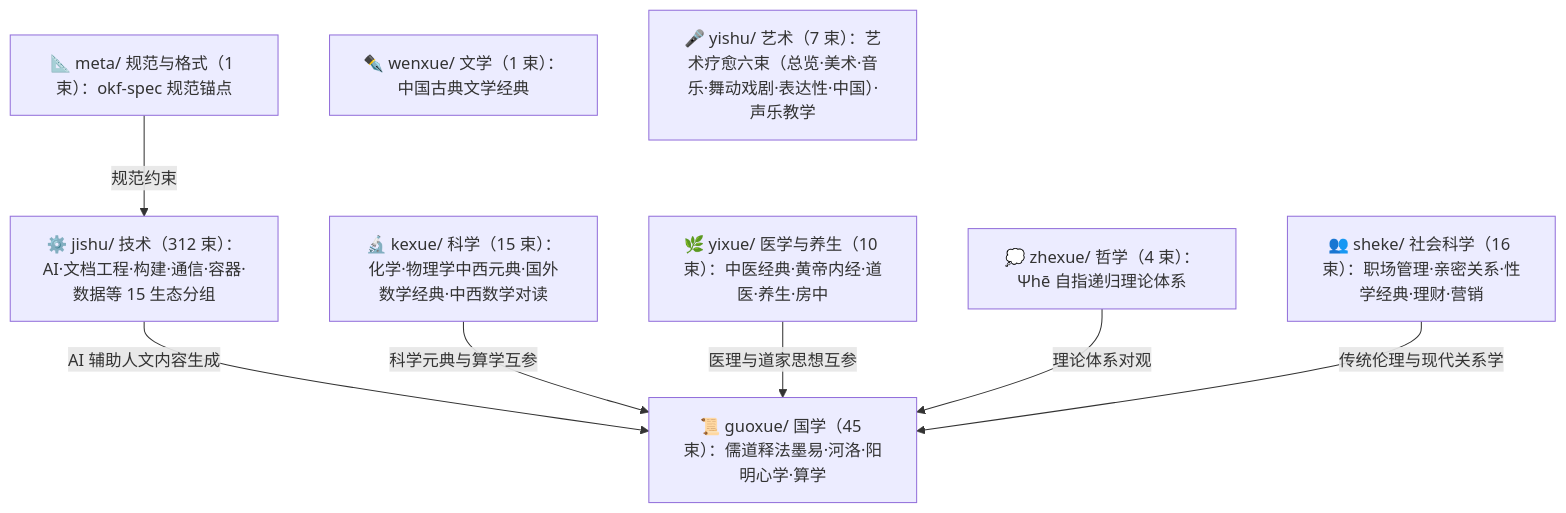
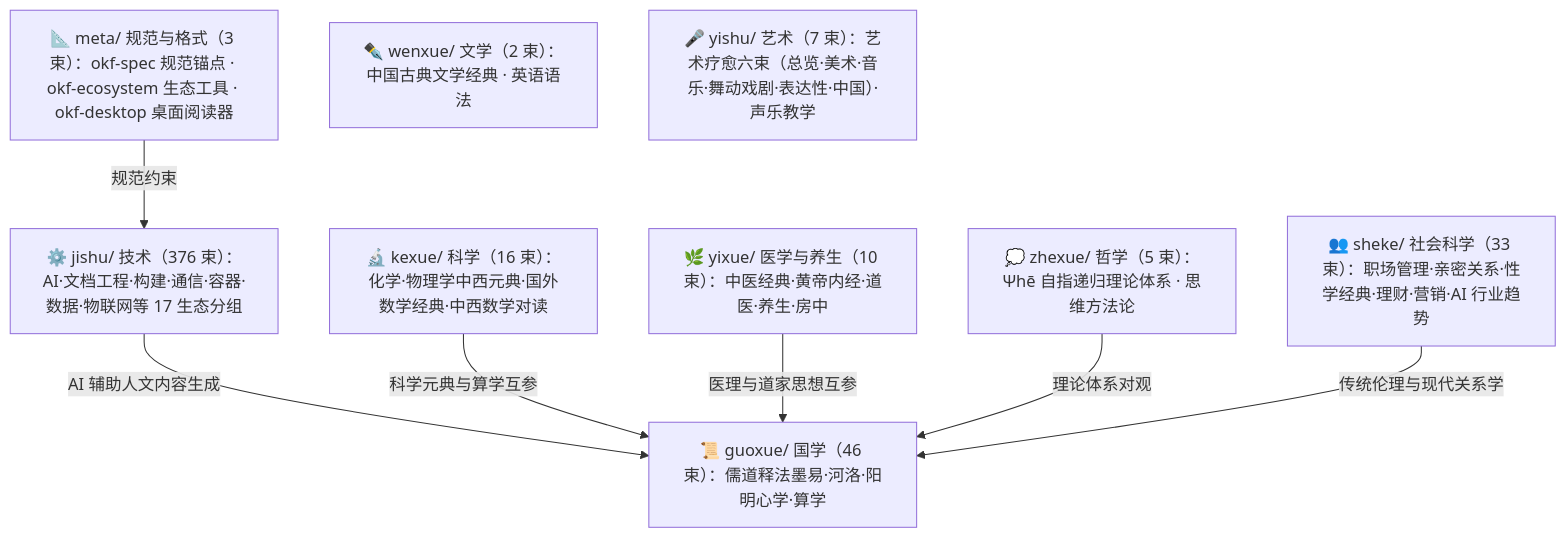
The diagram in doc/bundles/index.md (awesome-flexloop/awesome-okf), drawn with Mermaid before and after one commit. The commit also changed other lines of this file and 18 other files, not shown here.

````diff
--- a/doc/bundles/index.md
+++ b/doc/bundles/index.md
@@ -21,18 +21,18 @@
 ```mermaid
 flowchart TD
-    meta["📐 meta/ 规范与格式（1 束）：okf-spec 规范锚点"]
-    guoxue["📜 guoxue/ 国学（45 束）：儒道释法墨易·河洛·阳明心学·算学"]
-    zhexue["💭 zhexue/ 哲学（4 束）：Ψhē 自指递归理论体系"]
-    kexue["🔬 kexue/ 科学（15 束）：化学·物理学中西元典·国外数学经典·中西数学对读"]
-    wenxue["✒️ wenxue/ 文学（1 束）：中国古典文学经典"]
+    meta["📐 meta/ 规范与格式（3 束）：okf-spec 规范锚点 · okf-ecosystem 生态工具 · okf-desktop 桌面阅读器"]
+    guoxue["📜 guoxue/ 国学（46 束）：儒道释法墨易·河洛·阳明心学·算学"]
+    zhexue["💭 zhexue/ 哲学（5 束）：Ψhē 自指递归理论体系 · 思维方法论"]
+    kexue["🔬 kexue/ 科学（16 束）：化学·物理学中西元典·国外数学经典·中西数学对读"]
+    wenxue["✒️ wenxue/ 文学（2 束）：中国古典文学经典 · 英语语法"]
     yixue["🌿 yixue/ 医学与养生（10 束）：中医经典·黄帝内经·道医·养生·房中"]
-    sheke["👥 sheke/ 社会科学（16 束）：职场管理·亲密关系·性学经典·理财·营销"]
+    sheke["👥 sheke/ 社会科学（33 束）：职场管理·亲密关系·性学经典·理财·营销·AI 行业趋势"]
     yishu["🎤 yishu/ 艺术（7 束）：艺术疗愈六束（总览·美术·音乐·舞动戏剧·表达性·中国）·声乐教学"]
-    jishu["⚙️ jishu/ 技术（312 束）：AI·文档工程·构建·通信·容器·数据等 15 生态分组"]
+    jishu["⚙️ jishu/ 技术（376 束）：AI·文档工程·构建·通信·容器·数据·物联网等 17 生态分组"]
     meta -->|"规范约束"| jishu
     jishu -->|"AI 辅助人文内容生成"| guoxue
     kexue -->|"科学元典与算学互参"| guoxue
     yixue -->|"医理与道家思想互参"| guoxue
     zhexue -->|"理论体系对观"| guoxue
     sheke -->|"传统伦理与现代关系学"| guoxue
 ```
````
